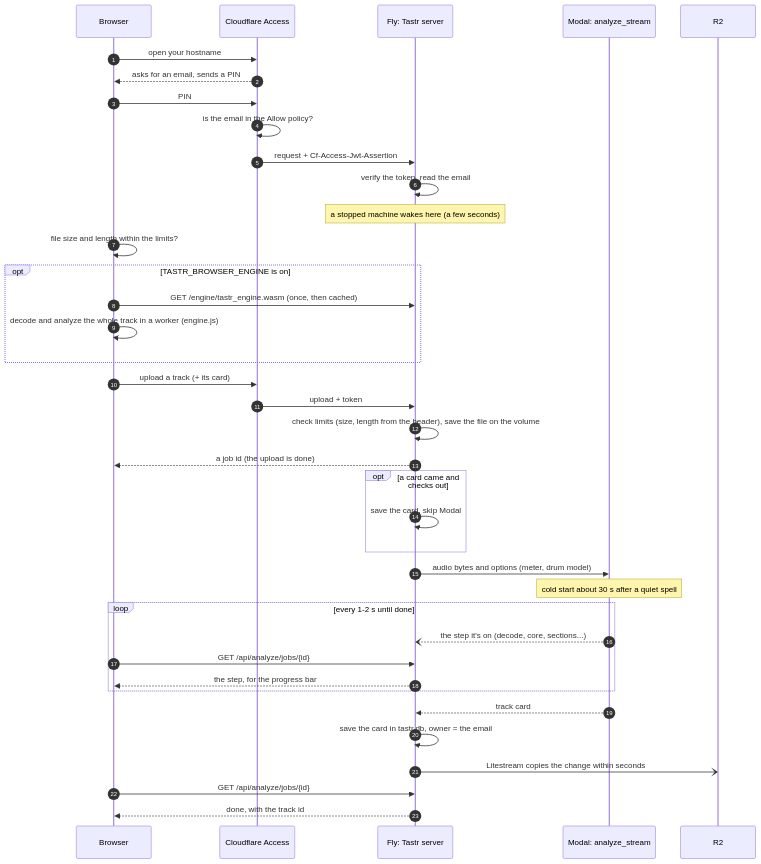
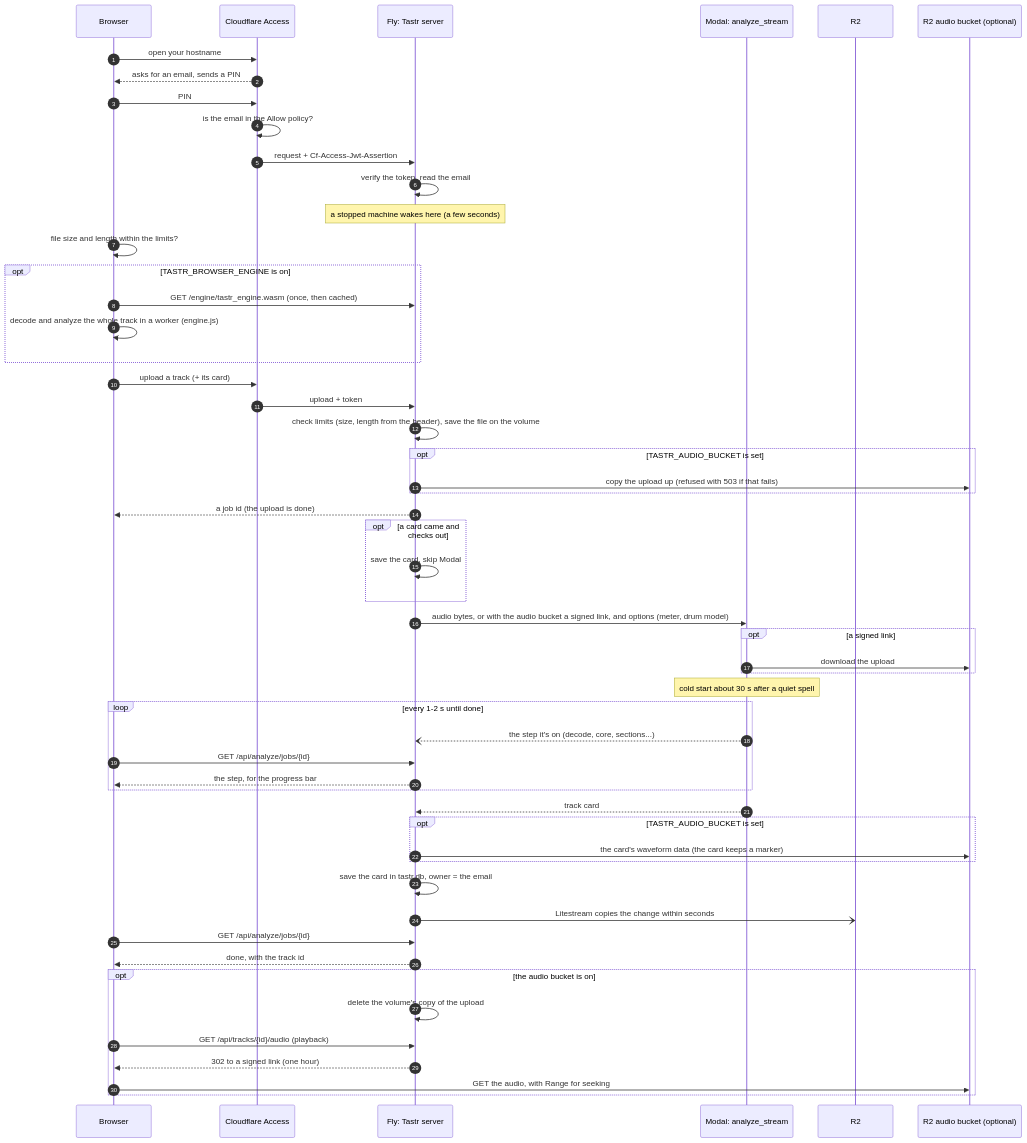
One commit to pocketIlmatto/tastr changed the second of 2 diagrams in docs/hosting-map.md. Above: the diagram before and after it, drawn with Mermaid. The commit also changed other lines of this file and 30 other files, not shown here.

First line of the commit message:
Keep audio, stems and waveform data in R2, job state in the database (TAS-48) (#87)

````diff
--- a/docs/hosting-map.md
+++ b/docs/hosting-map.md
@@ -71,40 +84,56 @@
 ```mermaid
 sequenceDiagram
   autonumber
   participant B as Browser
   participant C as Cloudflare Access
   participant W as Fly: Tastr server
   participant M as Modal: analyze_stream
   participant R as R2
+  participant A as R2 audio bucket (optional)
   B->>C: open your hostname
   C-->>B: asks for an email, sends a PIN
   B->>C: PIN
   C->>C: is the email in the Allow policy?
   C->>W: request + Cf-Access-Jwt-Assertion
   W->>W: verify the token, read the email
   Note over W: a stopped machine wakes here (a few seconds)
   B->>B: file size and length within the limits?
   opt TASTR_BROWSER_ENGINE is on
     B->>W: GET /engine/tastr_engine.wasm (once, then cached)
     B->>B: decode and analyze the whole track in a worker (engine.js)
   end
   B->>C: upload a track (+ its card)
   C->>W: upload + token
   W->>W: check limits (size, length from the header), save the file on the volume
+  opt TASTR_AUDIO_BUCKET is set
+    W->>A: copy the upload up (refused with 503 if that fails)
+  end
   W-->>B: a job id (the upload is done)
   opt a card came and checks out
     W->>W: save the card, skip Modal
   end
-  W->>M: audio bytes and options (meter, drum model)
+  W->>M: audio bytes, or with the audio bucket a signed link, and options (meter, drum model)
+  opt a signed link
+    M->>A: download the upload
+  end
   Note over M: cold start about 30 s after a quiet spell
   loop every 1-2 s until done
     M--)W: the step it's on (decode, core, sections...)
     B->>W: GET /api/analyze/jobs/{id}
     W-->>B: the step, for the progress bar
   end
   M-->>W: track card
+  opt TASTR_AUDIO_BUCKET is set
+    W->>A: the card's waveform data (the card keeps a marker)
+  end
   W->>W: save the card in tastr.db, owner = the email
   W-)R: Litestream copies the change within seconds
   B->>W: GET /api/analyze/jobs/{id}
   W-->>B: done, with the track id
+  opt the audio bucket is on
+    W->>W: delete the volume's copy of the upload
+    B->>W: GET /api/tracks/{id}/audio (playback)
+    W-->>B: 302 to a signed link (one hour)
+    B->>A: GET the audio, with Range for seeking
+  end
 ```
````
